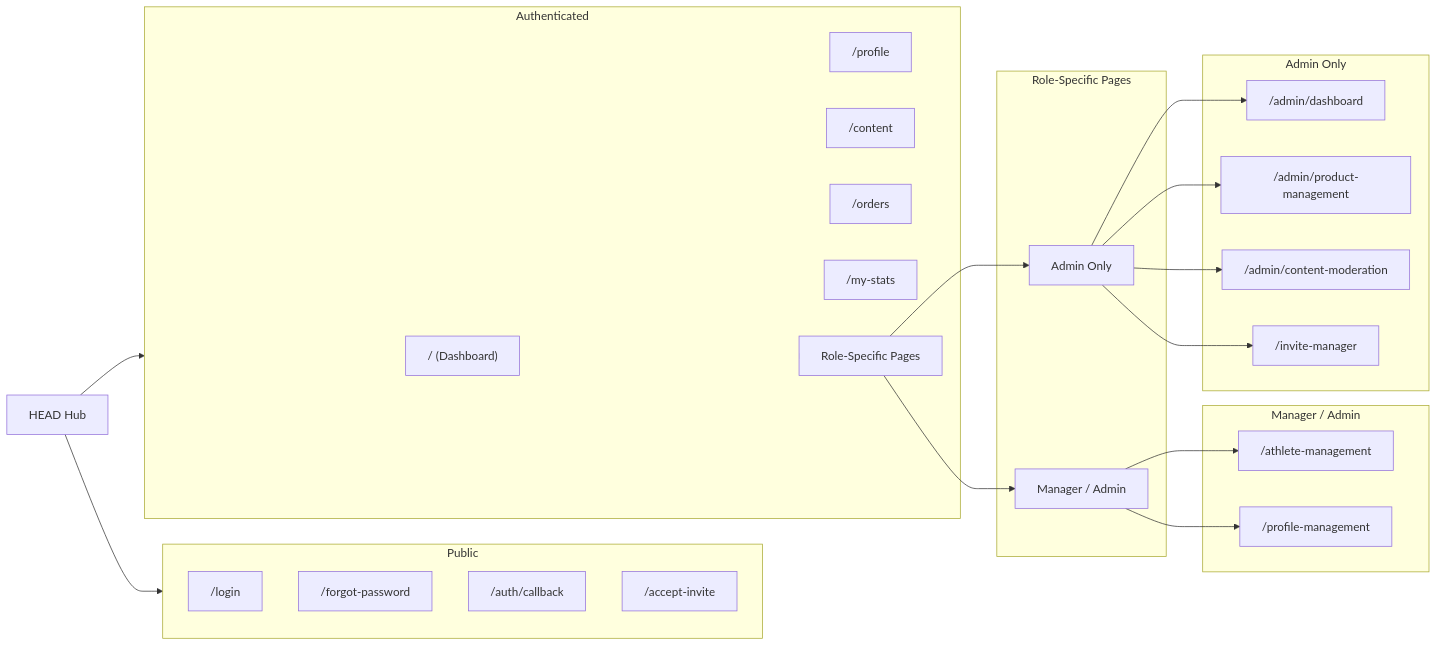
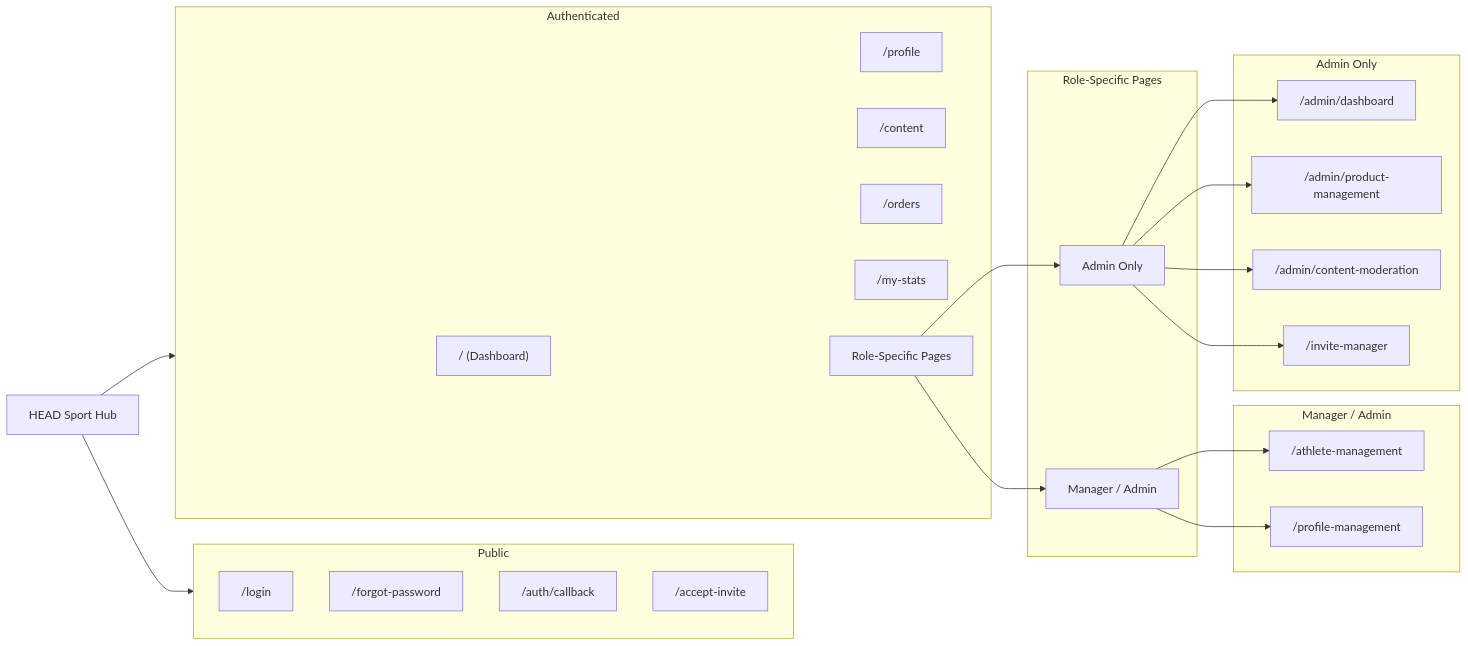
One commit to edurgr/headsport-hub changed the second of 2 diagrams in README.md. Above: the diagram before and after it, drawn with Mermaid. The commit also changed other lines of this file and 44 other files, not shown here.

````diff
--- a/README.md
+++ b/README.md
@@ -206,52 +206,52 @@
 ```mermaid
 graph LR
-    App[HEAD Hub] --> Public
+    App[HEAD Sport Hub] --> Public
     App --> Authenticated
 
     subgraph Public
         P1["/login"]
         P2["/forgot-password"]
         P3["/auth/callback"]
         P4["/accept-invite"]
     end
 
     subgraph Authenticated
         A1["/ (Dashboard)"]
         A2["/profile"]
         A3["/content"]
         A4["/orders"]
         A5["/my-stats"]
         A6["Role-Specific Pages"]
     end
 
     Authenticated --> A6
 
     subgraph "Role-Specific Pages"
         R1["Manager / Admin"]
         R2["Admin Only"]
     end
 
     A6 --> R1
     A6 --> R2
 
     subgraph "Manager / Admin"
         M1["/athlete-management"]
         M2["/profile-management"]
     end
 
     R1 --> M1
     R1 --> M2
 
 
     subgraph "Admin Only"
         AD1["/admin/dashboard"]
         AD2["/admin/product-management"]
         AD3["/admin/content-moderation"]
         AD4["/invite-manager"]
     end
 
     R2 --> AD1
     R2 --> AD2
     R2 --> AD3
     R2 --> AD4
 ```
````
